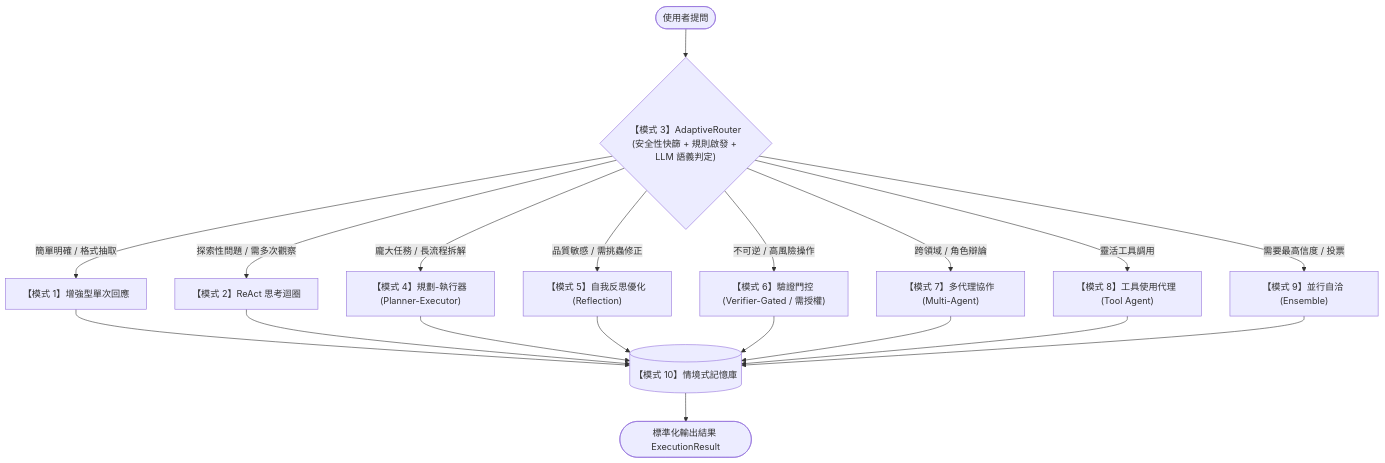
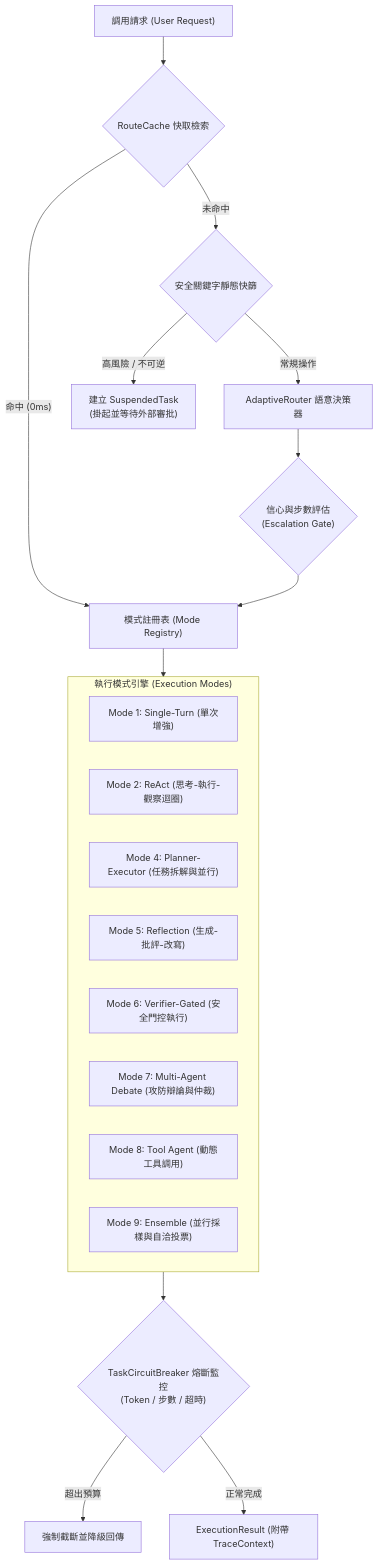
The diagram in README.md (yarin0324/adaptive-agent-router), drawn with Mermaid before and after one commit. The commit also changed other lines of this file and 10 other files, not shown here.

First line of the commit message:
refactor: production-grade architecture overhaul and documentation revamp

````diff
--- a/README.md
+++ b/README.md
@@ -30,16 +18,28 @@
 ```mermaid
 flowchart TD
-    User([使用者提問]) --> Router{"【模式 3】AdaptiveRouter<br/>(安全性快篩 + 規則啟發 + LLM 語義判定)"}
+    Request["調用請求 (User Request)"] --> CacheCheck{"RouteCache 快取檢索"}
+    CacheCheck -- "命中 (0ms)" --> ModeRegistry
+    CacheCheck -- "未命中" --> GuardrailCheck{"安全關鍵字靜態快篩"}
     
-    Router -->|"簡單明確 / 格式抽取"| M1["【模式 1】增強型單次回應"]
-    Router -->|"探索性問題 / 需多次觀察"| M2["【模式 2】ReAct 思考迴圈"]
-    Router -->|"龐大任務 / 長流程拆解"| M4["【模式 4】規劃-執行器 (Planner-Executor)"]
-    Router -->|"品質敏感 / 需挑蟲修正"| M5["【模式 5】自我反思優化 (Reflection)"]
-    Router -->|"不可逆 / 高風險操作"| M6["【模式 6】驗證門控 (Verifier-Gated / 需授權)"]
-    Router -->|"跨領域 / 角色辯論"| M7["【模式 7】多代理協作 (Multi-Agent)"]
-    Router -->|"靈活工具調用"| M8["【模式 8】工具使用代理 (Tool Agent)"]
-    Router -->|"需要最高信度 / 投票"| M9["【模式 9】並行自洽 (Ensemble)"]
+    GuardrailCheck -- "高風險 / 不可逆" --> SuspendNode["建立 SuspendedTask<br/>(掛起並等待外部審批)"]
+    GuardrailCheck -- "常規操作" --> SemanticRouter["AdaptiveRouter 語意決策器"]
 
-    M1 & M2 & M4 & M5 & M6 & M7 & M8 & M9 --> Memory[("【模式 10】情境式記憶庫")]
-    Memory --> Output([標準化輸出結果 ExecutionResult])
+    SemanticRouter --> EscalationNode{"信心與步數評估<br/>(Escalation Gate)"}
+    EscalationNode --> ModeRegistry["模式註冊表 (Mode Registry)"]
+
+    subgraph ExecutionModes["執行模式引擎 (Execution Modes)"]
+        M1["Mode 1: Single-Turn (單次增強)"]
+        M2["Mode 2: ReAct (思考-執行-觀察迴圈)"]
+        M4["Mode 4: Planner-Executor (任務拆解與並行)"]
+        M5["Mode 5: Reflection (生成-批評-改寫)"]
+        M6["Mode 6: Verifier-Gated (安全門控執行)"]
+        M7["Mode 7: Multi-Agent Debate (攻防辯論與仲裁)"]
+        M8["Mode 8: Tool Agent (動態工具調用)"]
+        M9["Mode 9: Ensemble (並行採樣與自洽投票)"]
+    end
+
+    ModeRegistry --> ExecutionModes
+    ExecutionModes --> BreakerGuard{"TaskCircuitBreaker 熔斷監控<br/>(Token / 步數 / 超時)"}
+    BreakerGuard -- "超出預算" --> TrippedResponse["強制截斷並降級回傳"]
+    BreakerGuard -- "正常完成" --> FinalOutput["ExecutionResult (附帶 TraceContext)"]
 ```
````
